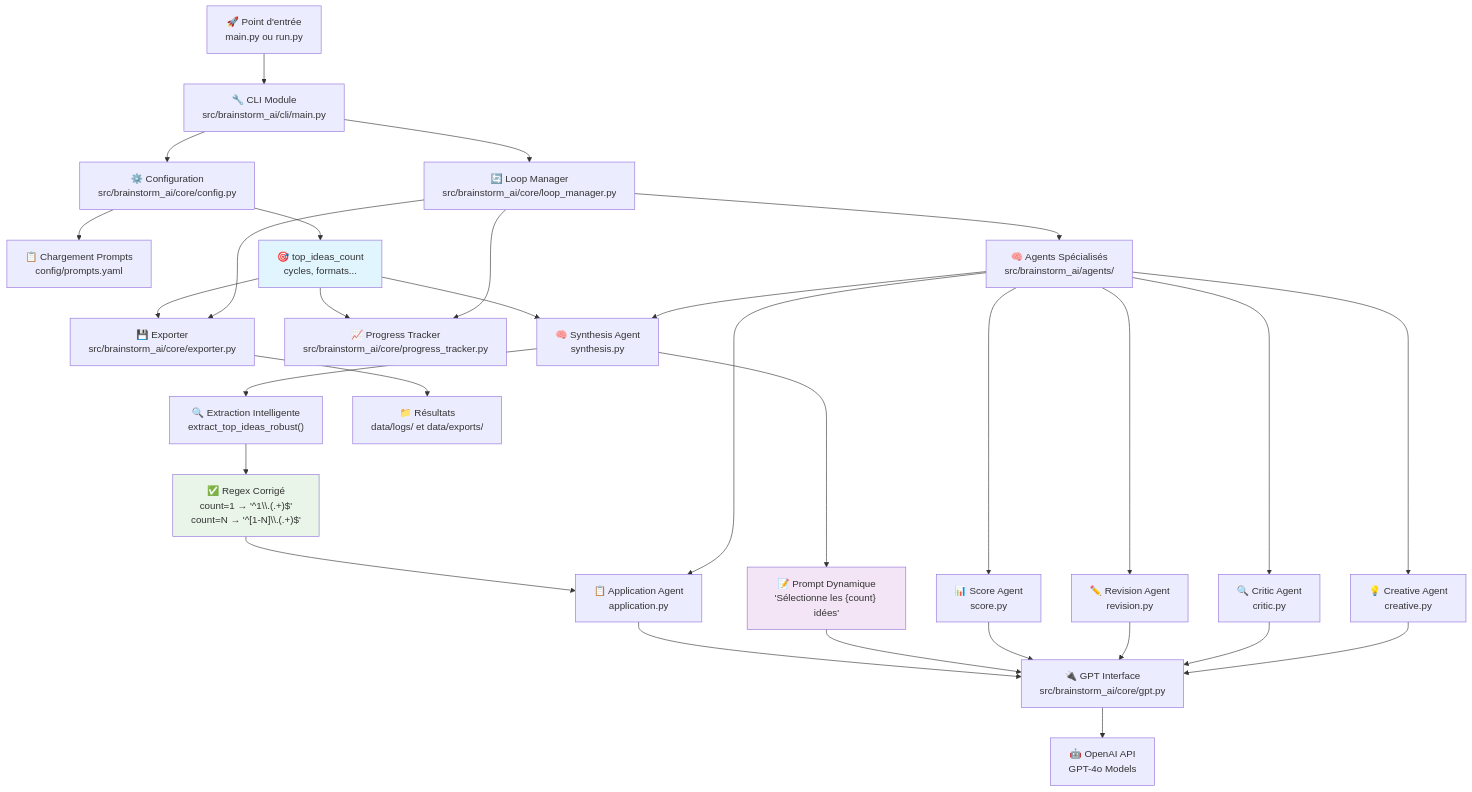
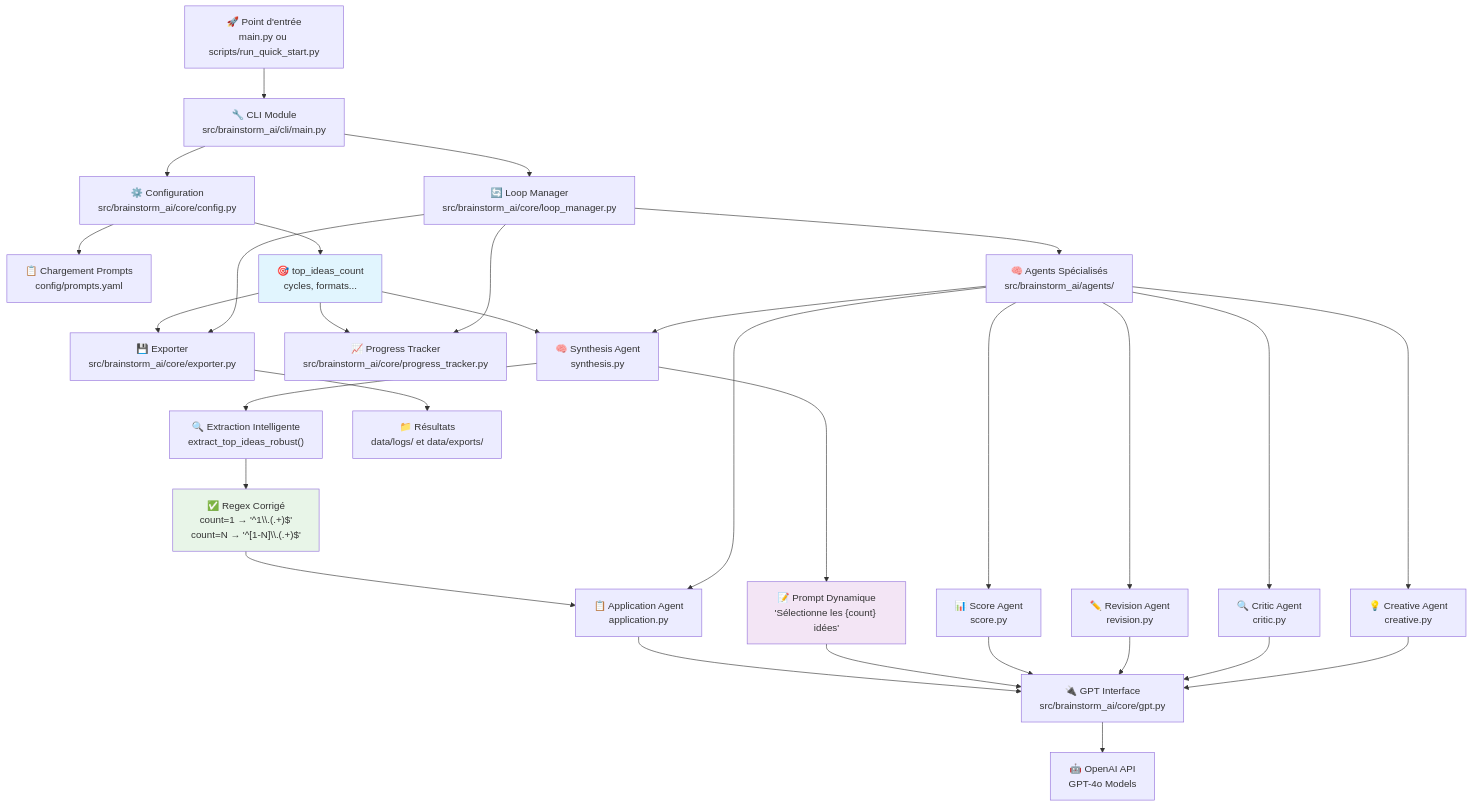
Before and after one commit to ShakaTry/brainstorm-ai: the first of 3 diagrams in README.md, drawn with Mermaid. The commit also changed 3 other files, not shown here.

````diff
--- a/README.md
+++ b/README.md
@@ -55,43 +55,43 @@
 ```mermaid
 graph TD
-    A["🚀 Point d'entrée<br/>main.py ou run.py"] --> B["🔧 CLI Module<br/>src/brainstorm_ai/cli/main.py"]
+    A["🚀 Point d'entrée<br/>main.py ou scripts/run_quick_start.py"] --> B["🔧 CLI Module<br/>src/brainstorm_ai/cli/main.py"]
     B --> C["⚙️ Configuration<br/>src/brainstorm_ai/core/config.py"]
     C --> D["📋 Chargement Prompts<br/>config/prompts.yaml"]
     C --> C1["🎯 top_ideas_count<br/>cycles, formats..."]
     B --> E["🔄 Loop Manager<br/>src/brainstorm_ai/core/loop_manager.py"]
     
     E --> F["🧠 Agents Spécialisés<br/>src/brainstorm_ai/agents/"]
     F --> F1["💡 Creative Agent<br/>creative.py"]
     F --> F2["🔍 Critic Agent<br/>critic.py"]
     F --> F3["✏️ Revision Agent<br/>revision.py"]
     F --> F4["📊 Score Agent<br/>score.py"]
     F --> F5["🧠 Synthesis Agent<br/>synthesis.py"]
     F --> F6["📋 Application Agent<br/>application.py"]
     
     C1 --> F5
     F5 --> F5A["📝 Prompt Dynamique<br/>'Sélectionne les {count} idées'"]
     
     F1 --> G["🔌 GPT Interface<br/>src/brainstorm_ai/core/gpt.py"]
     F2 --> G
     F3 --> G
     F4 --> G
     F5A --> G
     F6 --> G
     
     G --> H["🤖 OpenAI API<br/>GPT-4o Models"]
     
     F5 --> L["🔍 Extraction Intelligente<br/>extract_top_ideas_robust()"]
     L --> L1["✅ Regex Corrigé<br/>count=1 → '^1\\.(.+)$'<br/>count=N → '^[1-N]\\.(.+)$'"]
     L1 --> F6
     
     E --> I["📈 Progress Tracker<br/>src/brainstorm_ai/core/progress_tracker.py"]
     E --> J["💾 Exporter<br/>src/brainstorm_ai/core/exporter.py"]
     J --> K["📁 Résultats<br/>data/logs/ et data/exports/"]
     
     C1 --> I
     C1 --> J
     
     style C1 fill:#e1f5fe
     style F5A fill:#f3e5f5
     style L1 fill:#e8f5e8
 ```
````
